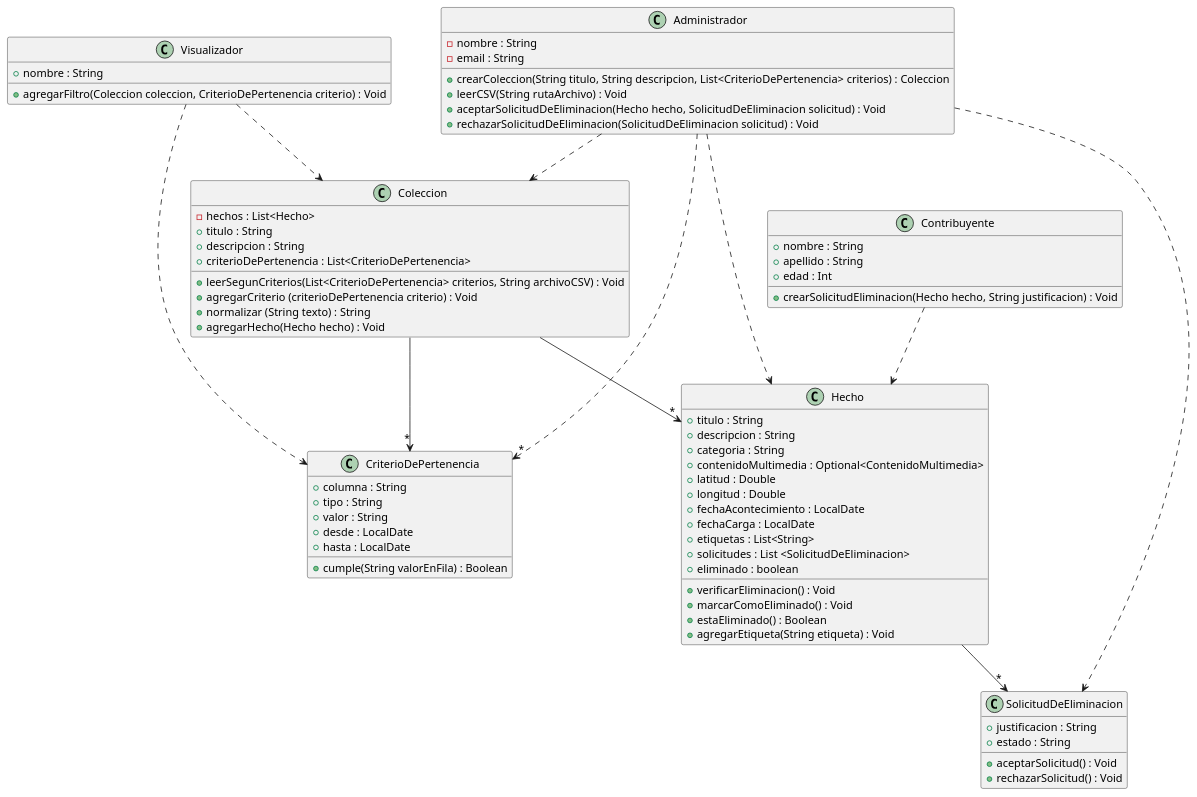
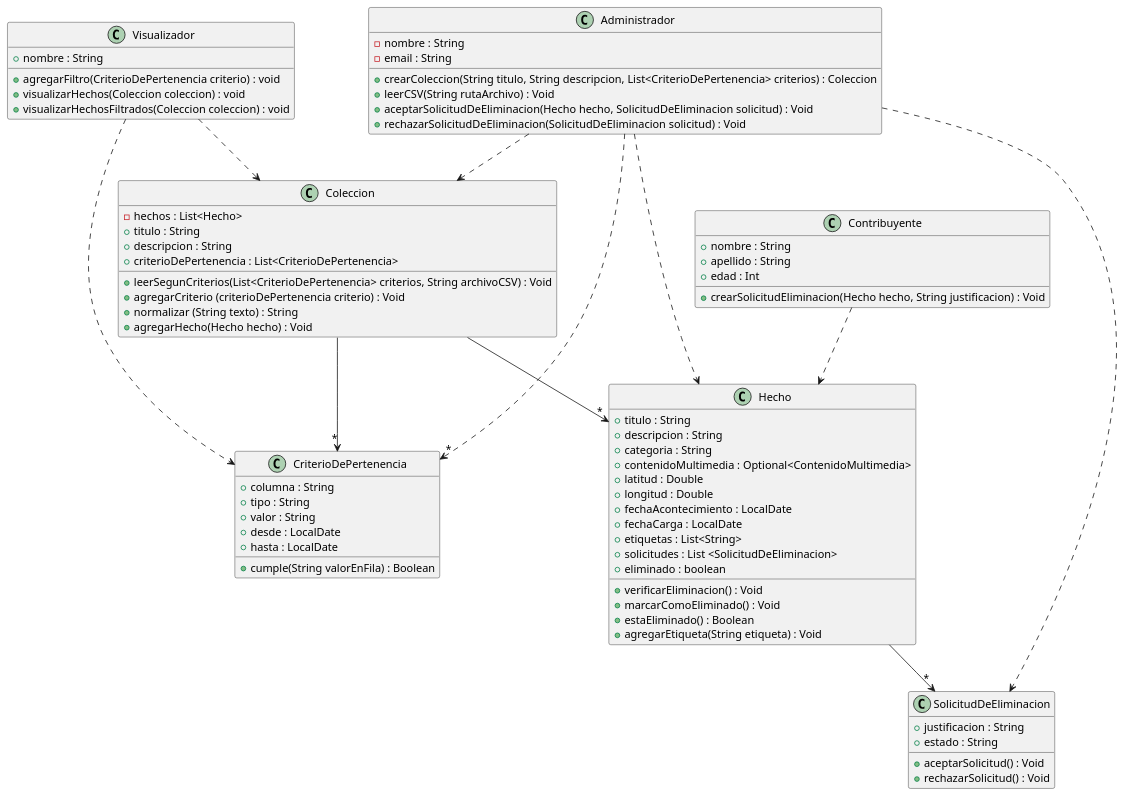
One commit to totopedroo/metamapa-tpa changed the diagram in docs/diagrama_clases.puml. Above: the diagram before and after it, drawn with PlantUML. The commit also changed 1 other file, not shown here.

Commit message:
agrego metodos a diagrama de clases

```diff
--- a/docs/diagrama_clases.puml
+++ b/docs/diagrama_clases.puml
@@ -1,94 +1,97 @@
 @startuml
 
 Administrador ..>"*" CriterioDePertenencia
 Administrador ..> Coleccion
 Administrador ..> Hecho
 Administrador ..> SolicitudDeEliminacion
 
 Hecho -->"*"SolicitudDeEliminacion
 Coleccion -->"*" Hecho
 Coleccion -->"*" CriterioDePertenencia
 Contribuyente ..> Hecho
 Visualizador ..> Coleccion
 Visualizador ..> CriterioDePertenencia
 
 class Administrador {
 - nombre : String
 - email : String
 
 + crearColeccion(String titulo, String descripcion, List<CriterioDePertenencia> criterios) : Coleccion
 + leerCSV(String rutaArchivo) : Void
 + aceptarSolicitudDeEliminacion(Hecho hecho, SolicitudDeEliminacion solicitud) : Void
 + rechazarSolicitudDeEliminacion(SolicitudDeEliminacion solicitud) : Void
 
 }
 
 
 class Coleccion {
 - hechos : List<Hecho>
 + titulo : String
 + descripcion : String
 + criterioDePertenencia : List<CriterioDePertenencia>
 
 +leerSegunCriterios(List<CriterioDePertenencia> criterios, String archivoCSV) : Void
 + agregarCriterio (criterioDePertenencia criterio) : Void
 + normalizar (String texto) : String
 + agregarHecho(Hecho hecho) : Void
 
 
 }
 
 class Contribuyente {
  + nombre : String
  + apellido : String
  + edad : Int
 
  +crearSolicitudEliminacion(Hecho hecho, String justificacion) : Void
 
 }
 
 class CriterioDePertenencia {
 + columna : String
 + tipo : String
 + valor : String
 +desde : LocalDate
 + hasta : LocalDate
 
 + cumple(String valorEnFila) : Boolean
 }
 
 class Hecho{
 + titulo : String
 + descripcion : String
 + categoria : String
 + contenidoMultimedia : Optional<ContenidoMultimedia>
 +latitud : Double
 + longitud : Double
 + fechaAcontecimiento : LocalDate
 + fechaCarga : LocalDate
 + etiquetas : List<String>
 + solicitudes : List <SolicitudDeEliminacion>
 + eliminado : boolean
 
 + verificarEliminacion() : Void
 +marcarComoEliminado() : Void
 + estaEliminado() : Boolean
 + agregarEtiqueta(String etiqueta) : Void
 
 }
 
 class SolicitudDeEliminacion {
 + justificacion : String
 + estado : String
 
 + aceptarSolicitud() : Void
 + rechazarSolicitud() : Void
 }
 
 class Visualizador {
 + nombre : String
++ agregarFiltro(CriterioDePertenencia criterio) : void
++ visualizarHechos(Coleccion coleccion) : void
++ visualizarHechosFiltrados(Coleccion coleccion) : void
 
-+agregarFiltro(Coleccion coleccion, CriterioDePertenencia criterio) : Void
+
 }
 
 @enduml
```
